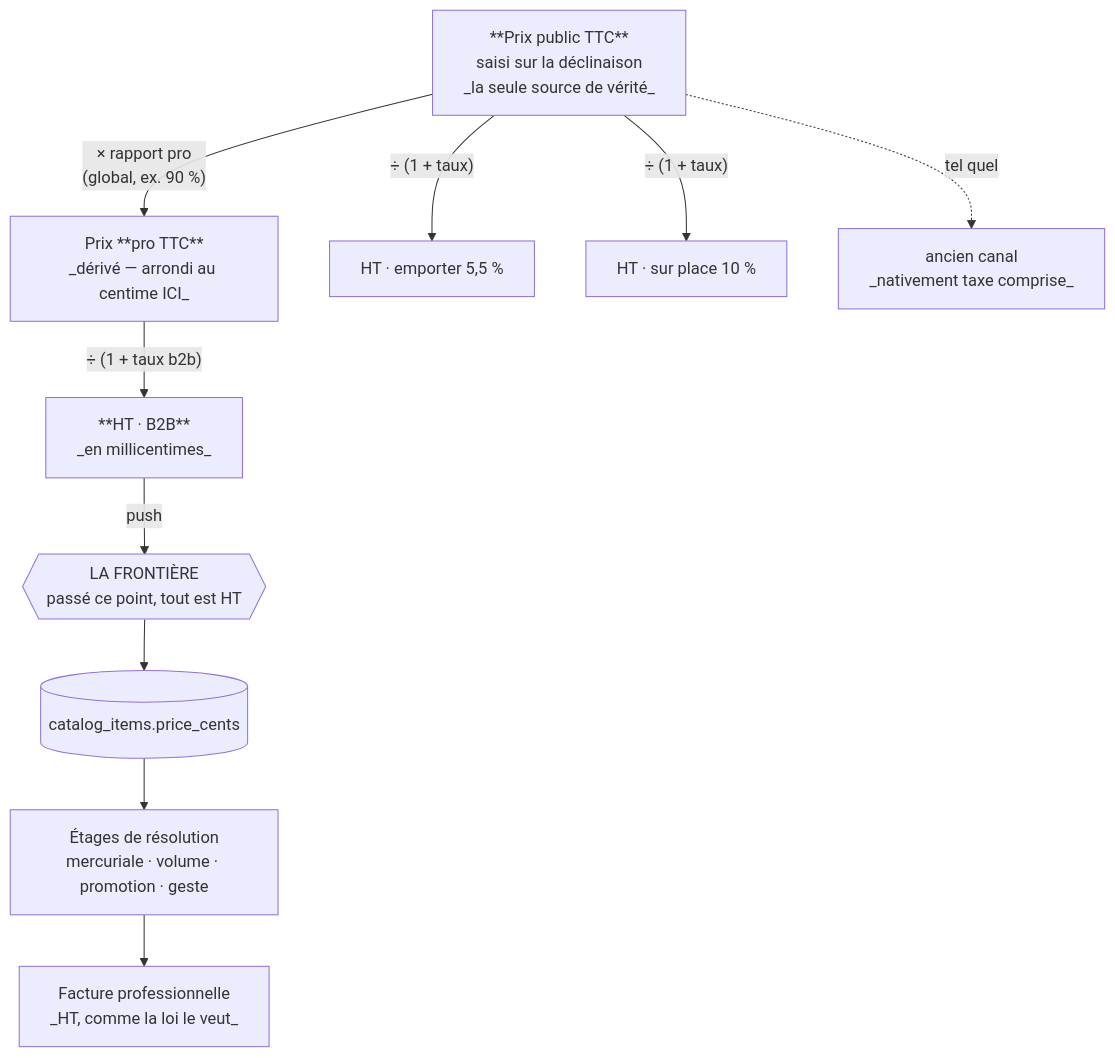
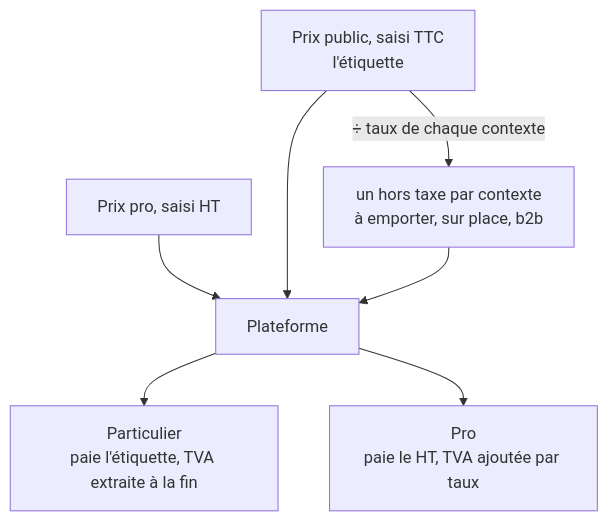
Before and after one commit to hugoheynard/lfd: the diagram in documentation/pricing/centime-et-tva/architecture-prix-ancre-ttc.md, drawn with Mermaid. The commit also changed other lines of this file and 1 other file, not shown here.

First line of the commit message:
docs(pricing): le prix ancré au TTC, réécrit contre le code

````diff
--- a/documentation/pricing/centime-et-tva/architecture-prix-ancre-ttc.md
+++ b/documentation/pricing/centime-et-tva/architecture-prix-ancre-ttc.md
@@ -55,16 +23,9 @@
 ```mermaid
 flowchart TD
-  Public["**Prix public TTC**<br/>saisi sur la déclinaison<br/>_la seule source de vérité_"]
-
-  Public -->|"× rapport pro<br/>(global, ex. 90 %)"| Pro["Prix **pro TTC**<br/>_dérivé — arrondi au centime ICI_"]
-  Public -->|"÷ (1 + taux)"| HtEmporter["HT · emporter 5,5 %"]
-  Public -->|"÷ (1 + taux)"| HtSurPlace["HT · sur place 10 %"]
-  Pro -->|"÷ (1 + taux b2b)"| HtB2b["**HT · B2B**<br/>_en millicentimes_"]
-
-  HtB2b -->|push| Frontiere{{"LA FRONTIÈRE<br/>passé ce point, tout est HT"}}
-  Frontiere --> Miroir[("catalog_items.price_cents")]
-  Miroir --> Etages["Étages de résolution<br/>mercuriale · volume · promotion · geste"]
-  Etages --> Facture["Facture professionnelle<br/>_HT, comme la loi le veut_"]
-
-  Public -.->|"tel quel"| Former["ancien canal<br/>_nativement taxe comprise_"]
+  PUB["Prix public, saisi TTC<br/>l'étiquette"] -->|"÷ taux de chaque contexte"| HT["un hors taxe par contexte<br/>à emporter, sur place, b2b"]
+  PRO["Prix pro, saisi HT"] --> F["Plateforme"]
+  PUB --> F
+  HT --> F
+  F --> P1["Particulier<br/>paie l'étiquette, TVA extraite à la fin"]
+  F --> P2["Pro<br/>paie le HT, TVA ajoutée par taux"]
 ```
````
